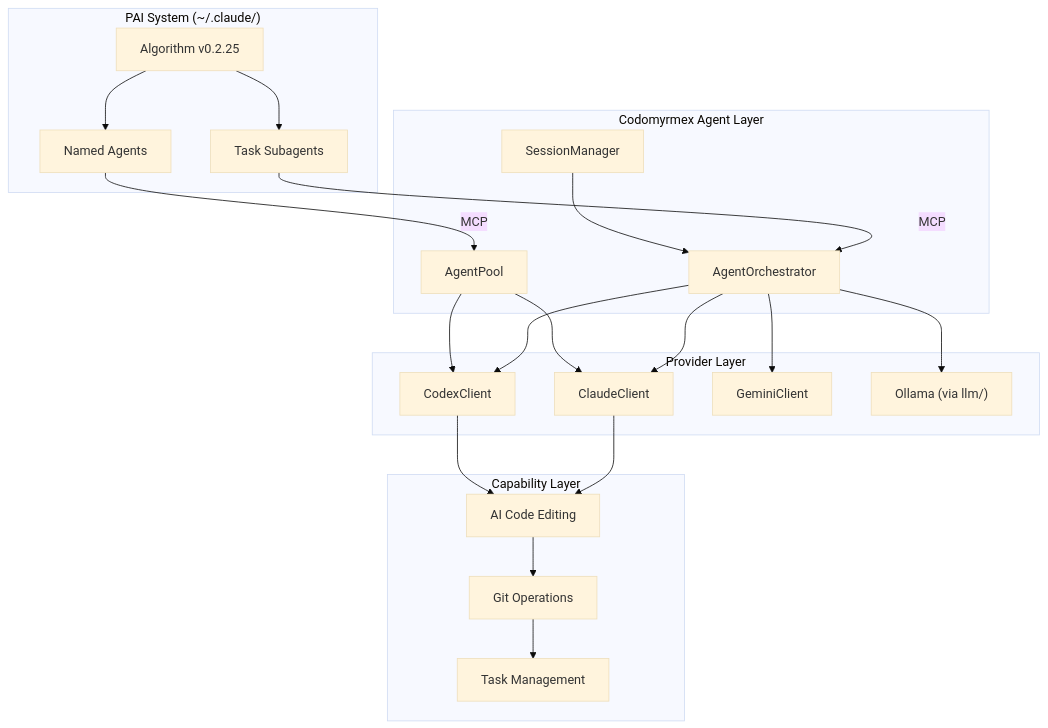
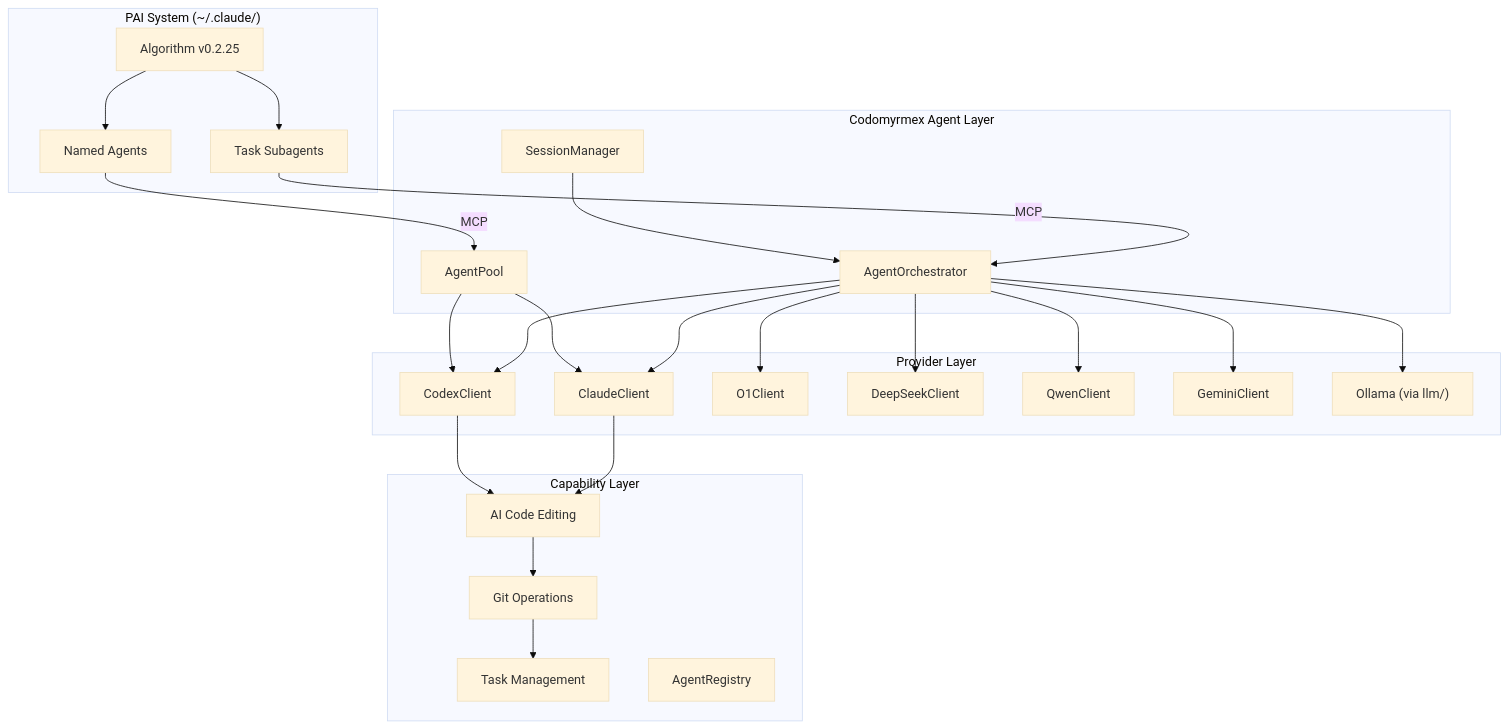
The diagram in src/codomyrmex/agents/PAI.md (docxology/codomyrmex), drawn with Mermaid (base theme) before and after one commit. The commit also changed other lines of this file and 31 other files, not shown here.

````diff
--- a/src/codomyrmex/agents/PAI.md
+++ b/src/codomyrmex/agents/PAI.md
@@ -181,47 +185,54 @@
 ```mermaid
 graph TB
     subgraph paiSystem ["PAI System (~/.claude/)"]
         Algorithm["Algorithm v0.2.25"]
         Subagents["Task Subagents"]
         Named["Named Agents"]
     end
 
     subgraph agentLayer ["Codomyrmex Agent Layer"]
         Orchestrator["AgentOrchestrator"]
         Pool["AgentPool"]
         Session["SessionManager"]
     end
 
     subgraph providers ["Provider Layer"]
         Claude["ClaudeClient"]
         Codex["CodexClient"]
+        O1["O1Client"]
+        DeepSeek["DeepSeekClient"]
+        Qwen["QwenClient"]
         Gemini["GeminiClient"]
         Local["Ollama (via llm/)"]
     end
 
     subgraph capabilities ["Capability Layer"]
         CodeEdit["AI Code Editing"]
         GitAgent["Git Operations"]
         Droid["Task Management"]
+        Setup["AgentRegistry"]
     end
 
     Algorithm --> Subagents
     Algorithm --> Named
     Subagents -->|"MCP"| Orchestrator
     Named -->|"MCP"| Pool
 
     Orchestrator --> Claude
     Orchestrator --> Codex
+    Orchestrator --> O1
+    Orchestrator --> DeepSeek
+    Orchestrator --> Qwen
     Orchestrator --> Gemini
     Orchestrator --> Local
 
     Pool --> Claude
     Pool --> Codex
 
     Session --> Orchestrator
 
     Claude --> CodeEdit
     Codex --> CodeEdit
     CodeEdit --> GitAgent
     GitAgent --> Droid
 ```
````
